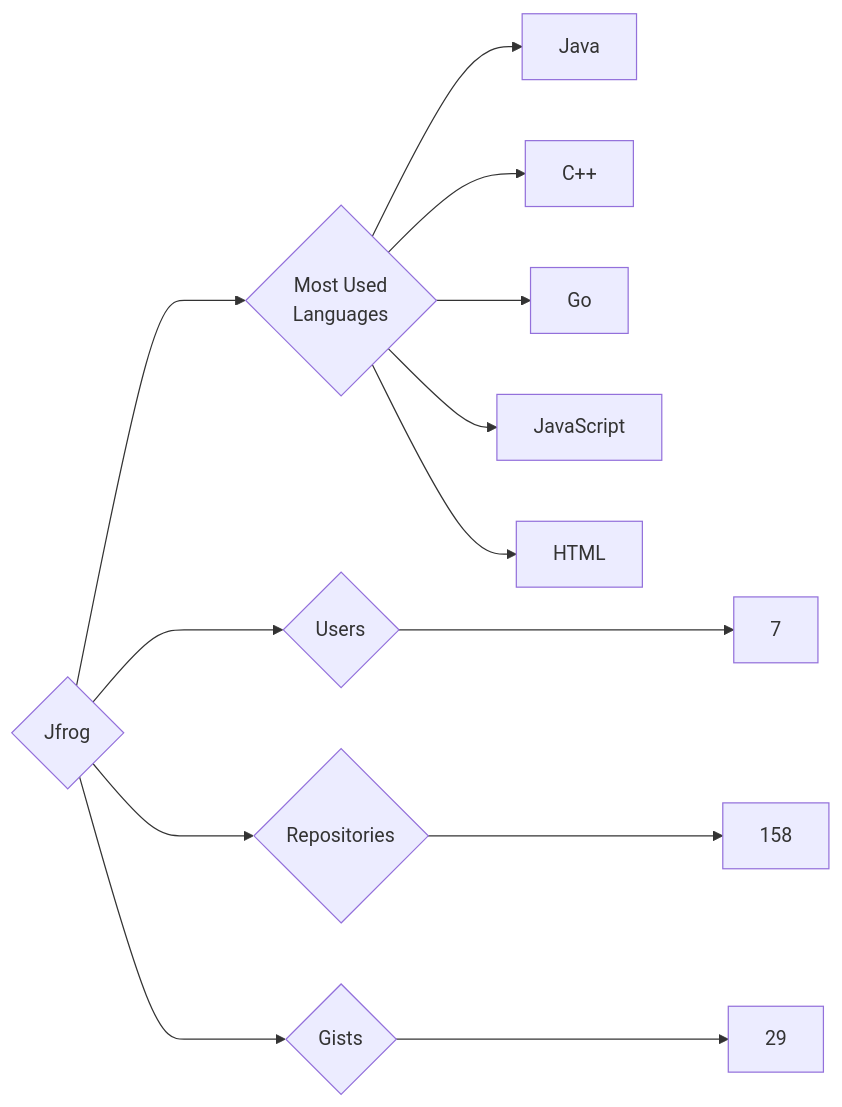
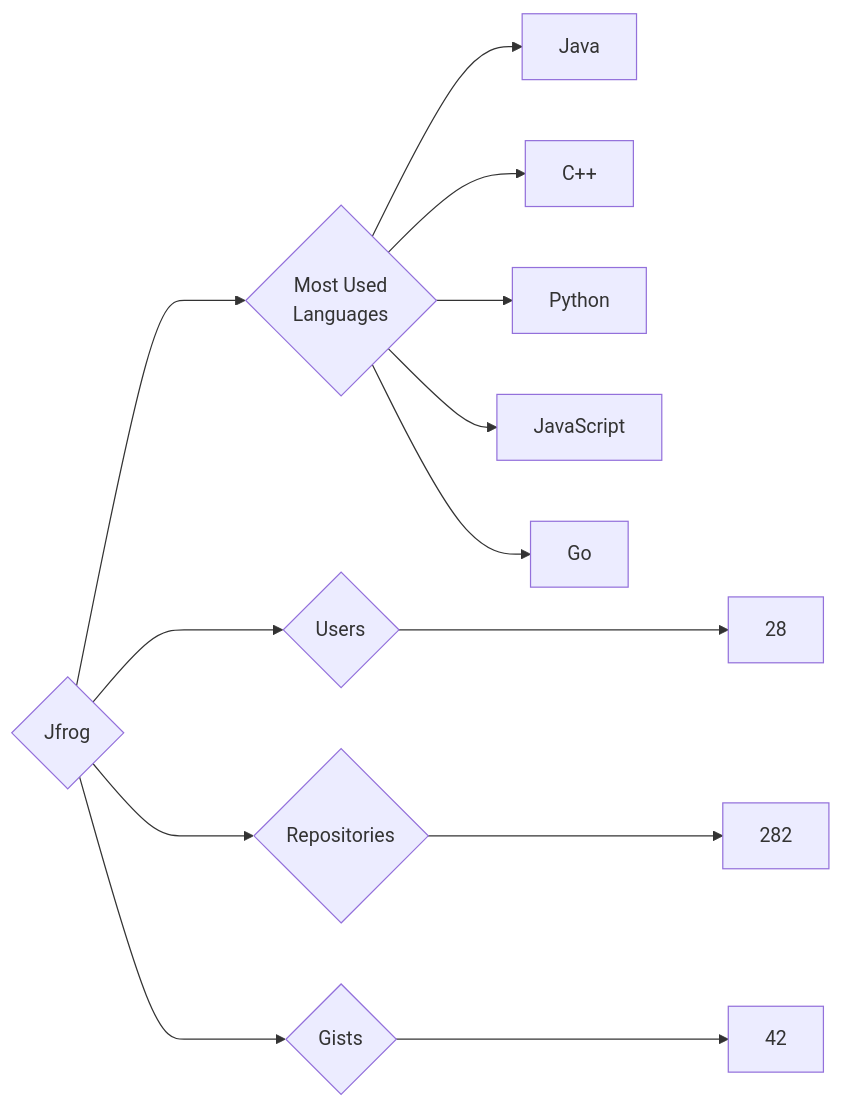
Before and after one commit to trickest/insiders: the diagram in targets/Jfrog/README.md, drawn with Mermaid. The commit also changed 900 other files, not shown here.

````diff
--- a/targets/Jfrog/README.md
+++ b/targets/Jfrog/README.md
@@ -3,13 +3,13 @@
 ```mermaid
 graph LR
 COMPANY_NAME{Jfrog}
-COMPANY_NAME ---> U{Users} ---> UN[7]
-COMPANY_NAME ---> R{Repositories} ---> RN[158]
-COMPANY_NAME ---> G{Gists} ---> GN[29]
+COMPANY_NAME ---> U{Users} ---> UN[28]
+COMPANY_NAME ---> R{Repositories} ---> RN[282]
+COMPANY_NAME ---> G{Gists} ---> GN[42]
 COMPANY_NAME ---> ML{Most Used<br>Languages}
 ML --> Java[Java]
 ML --> C++[C++]
+ML --> Python[Python]
+ML --> JavaScript[JavaScript]
 ML --> Go[Go]
-ML --> JavaScript[JavaScript]
-ML --> HTML[HTML]
 ```
````
